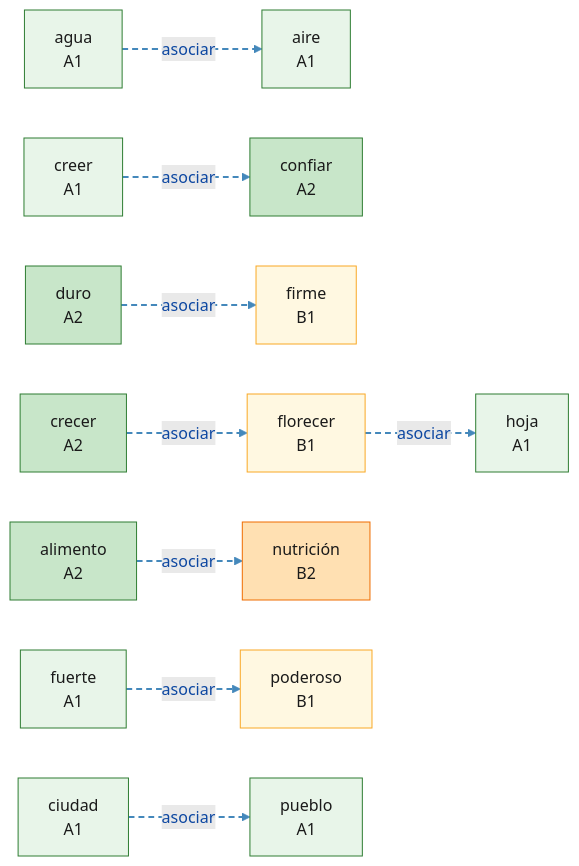
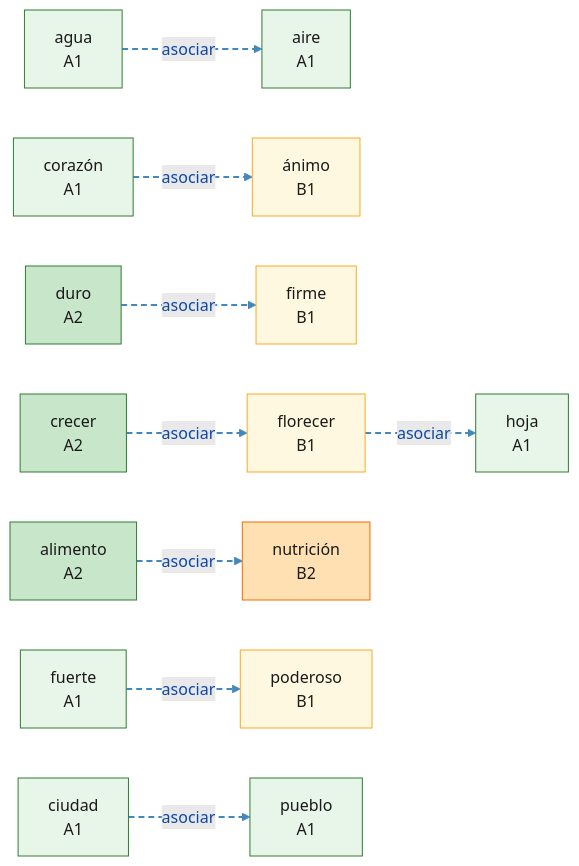
Before and after one commit to auding1900/es-raiz-vocab: the diagram in mindmaps/asociar_a-l-3-4.md, drawn with Mermaid. The commit also changed other lines of this file and 34 other files, not shown here.

````diff
--- a/mindmaps/asociar_a-l-3-4.md
+++ b/mindmaps/asociar_a-l-3-4.md
@@ -8,57 +8,57 @@
 ```mermaid
 graph LR
   W_agua["agua<br/>A1"]:::lvlA1
   W_aire["aire<br/>A1"]:::lvlA1
   W_alimento["alimento<br/>A2"]:::lvlA2
+  W_animo["ánimo<br/>B1"]:::lvlB1
   W_ciudad["ciudad<br/>A1"]:::lvlA1
-  W_confiar["confiar<br/>A2"]:::lvlA2
+  W_corazon["corazón<br/>A1"]:::lvlA1
   W_crecer["crecer<br/>A2"]:::lvlA2
-  W_creer["creer<br/>A1"]:::lvlA1
   W_duro["duro<br/>A2"]:::lvlA2
   W_firme["firme<br/>B1"]:::lvlB1
   W_florecer["florecer<br/>B1"]:::lvlB1
   W_fuerte["fuerte<br/>A1"]:::lvlA1
   W_hoja["hoja<br/>A1"]:::lvlA1
   W_nutricion["nutrición<br/>B2"]:::lvlB2
   W_poderoso["poderoso<br/>B1"]:::lvlB1
   W_pueblo["pueblo<br/>A1"]:::lvlA1
+  W_corazon -.->|asociar| W_animo
   W_ciudad -.->|asociar| W_pueblo
   W_agua -.->|asociar| W_aire
   W_crecer -.->|asociar| W_florecer
   W_florecer -.->|asociar| W_hoja
   W_alimento -.->|asociar| W_nutricion
   W_fuerte -.->|asociar| W_poderoso
   W_duro -.->|asociar| W_firme
-  W_creer -.->|asociar| W_confiar
   linkStyle 0 stroke:#4488bb,stroke-width:2px,stroke-dasharray:6 4
   linkStyle 1 stroke:#4488bb,stroke-width:2px,stroke-dasharray:6 4
   linkStyle 2 stroke:#4488bb,stroke-width:2px,stroke-dasharray:6 4
   linkStyle 3 stroke:#4488bb,stroke-width:2px,stroke-dasharray:6 4
   linkStyle 4 stroke:#4488bb,stroke-width:2px,stroke-dasharray:6 4
   linkStyle 5 stroke:#4488bb,stroke-width:2px,stroke-dasharray:6 4
   linkStyle 6 stroke:#4488bb,stroke-width:2px,stroke-dasharray:6 4
   linkStyle 7 stroke:#4488bb,stroke-width:2px,stroke-dasharray:6 4
   classDef root fill:#bbdefb,stroke:#1565c0,stroke-width:2px,color:#0d47a1
   classDef lvlA1 fill:#e8f5e9,stroke:#2e7d32,color:#1a1a1a
   classDef lvlA2 fill:#c8e6c9,stroke:#2e7d32,color:#1a1a1a
   classDef lvlB1 fill:#fff8e1,stroke:#f9a825,color:#1a1a1a
   classDef lvlB2 fill:#ffe0b2,stroke:#ef6c00,color:#1a1a1a
   classDef lvlC1 fill:#ffccbc,stroke:#d84315,color:#1a1a1a
   classDef lvlC2 fill:#ffcdd2,stroke:#b71c1c,color:#1a1a1a
   classDef lvlNA fill:#f5f5f5,stroke:#9e9e9e,color:#424242
   click W_agua "https://www.doubao.com/chat?q=%E8%A5%BF%E7%8F%AD%E7%89%99%E8%AF%ADagua%EF%BC%8C%E8%AF%8D%E6%A0%B9aqu%EF%BC%8C%E8%A7%A3%E9%87%8A%E8%AF%8D%E4%B9%89%E3%80%81DELE%E7%AD%89%E7%BA%A7%E3%80%81%E8%AF%AD%E4%BD%93%E3%80%81%E5%B8%B8%E7%94%A8%E6%90%AD%E9%85%8D%E3%80%81%E8%BF%91%E4%B9%89%E8%AF%8D%E8%BE%A8%E6%9E%90%EF%BC%8C%E5%B9%B6%E4%B8%94%E7%BB%992%E6%9D%A1%E6%9D%A5%E8%87%AA%E5%85%AC%E7%89%88%E8%A5%BF%E8%AF%AD%E6%96%87%E6%9C%AC%EF%BC%88Wikisource%2F%E5%8F%A4%E7%99%BB%E5%A0%A1%EF%BC%89%E7%9A%84%E8%87%AA%E7%84%B6%E4%BE%8B%E5%8F%A5%EF%BC%8C%E4%BE%8B%E5%8F%A5%E4%BC%98%E5%85%88%E9%80%89%E7%94%A8%E7%8E%B0%E4%BB%A3%E6%A0%87%E5%87%86%E8%A5%BF%E7%8F%AD%E7%89%99%E8%AF%AD%EF%BC%8C%E5%8F%A4%E4%BD%93%E4%BE%8B%E5%8F%A5%E6%A0%87%E6%B3%A8%E3%80%90arca%C3%ADsmo%E3%80%91" "豆包查询：agua" _blank
   click W_aire "https://www.doubao.com/chat?q=%E8%A5%BF%E7%8F%AD%E7%89%99%E8%AF%ADaire%EF%BC%8C%E8%AF%8D%E6%A0%B9aer%EF%BC%8C%E8%A7%A3%E9%87%8A%E8%AF%8D%E4%B9%89%E3%80%81DELE%E7%AD%89%E7%BA%A7%E3%80%81%E8%AF%AD%E4%BD%93%E3%80%81%E5%B8%B8%E7%94%A8%E6%90%AD%E9%85%8D%E3%80%81%E8%BF%91%E4%B9%89%E8%AF%8D%E8%BE%A8%E6%9E%90%EF%BC%8C%E5%B9%B6%E4%B8%94%E7%BB%992%E6%9D%A1%E6%9D%A5%E8%87%AA%E5%85%AC%E7%89%88%E8%A5%BF%E8%AF%AD%E6%96%87%E6%9C%AC%EF%BC%88Wikisource%2F%E5%8F%A4%E7%99%BB%E5%A0%A1%EF%BC%89%E7%9A%84%E8%87%AA%E7%84%B6%E4%BE%8B%E5%8F%A5%EF%BC%8C%E4%BE%8B%E5%8F%A5%E4%BC%98%E5%85%88%E9%80%89%E7%94%A8%E7%8E%B0%E4%BB%A3%E6%A0%87%E5%87%86%E8%A5%BF%E7%8F%AD%E7%89%99%E8%AF%AD%EF%BC%8C%E5%8F%A4%E4%BD%93%E4%BE%8B%E5%8F%A5%E6%A0%87%E6%B3%A8%E3%80%90arca%C3%ADsmo%E3%80%91" "豆包查询：aire" _blank
   click W_alimento "https://www.doubao.com/chat?q=%E8%A5%BF%E7%8F%AD%E7%89%99%E8%AF%ADalimento%EF%BC%8C%E8%AF%8D%E6%A0%B9al%EF%BC%8C%E8%A7%A3%E9%87%8A%E8%AF%8D%E4%B9%89%E3%80%81DELE%E7%AD%89%E7%BA%A7%E3%80%81%E8%AF%AD%E4%BD%93%E3%80%81%E5%B8%B8%E7%94%A8%E6%90%AD%E9%85%8D%E3%80%81%E8%BF%91%E4%B9%89%E8%AF%8D%E8%BE%A8%E6%9E%90%EF%BC%8C%E5%B9%B6%E4%B8%94%E7%BB%992%E6%9D%A1%E6%9D%A5%E8%87%AA%E5%85%AC%E7%89%88%E8%A5%BF%E8%AF%AD%E6%96%87%E6%9C%AC%EF%BC%88Wikisource%2F%E5%8F%A4%E7%99%BB%E5%A0%A1%EF%BC%89%E7%9A%84%E8%87%AA%E7%84%B6%E4%BE%8B%E5%8F%A5%EF%BC%8C%E4%BE%8B%E5%8F%A5%E4%BC%98%E5%85%88%E9%80%89%E7%94%A8%E7%8E%B0%E4%BB%A3%E6%A0%87%E5%87%86%E8%A5%BF%E7%8F%AD%E7%89%99%E8%AF%AD%EF%BC%8C%E5%8F%A4%E4%BD%93%E4%BE%8B%E5%8F%A5%E6%A0%87%E6%B3%A8%E3%80%90arca%C3%ADsmo%E3%80%91" "豆包查询：alimento" _blank
+  click W_animo "https://www.doubao.com/chat?q=%E8%A5%BF%E7%8F%AD%E7%89%99%E8%AF%AD%C3%A1nimo%EF%BC%8C%E8%AF%8D%E6%A0%B9anim%EF%BC%8C%E8%A7%A3%E9%87%8A%E8%AF%8D%E4%B9%89%E3%80%81DELE%E7%AD%89%E7%BA%A7%E3%80%81%E8%AF%AD%E4%BD%93%E3%80%81%E5%B8%B8%E7%94%A8%E6%90%AD%E9%85%8D%E3%80%81%E8%BF%91%E4%B9%89%E8%AF%8D%E8%BE%A8%E6%9E%90%EF%BC%8C%E5%B9%B6%E4%B8%94%E7%BB%992%E6%9D%A1%E6%9D%A5%E8%87%AA%E5%85%AC%E7%89%88%E8%A5%BF%E8%AF%AD%E6%96%87%E6%9C%AC%EF%BC%88Wikisource%2F%E5%8F%A4%E7%99%BB%E5%A0%A1%EF%BC%89%E7%9A%84%E8%87%AA%E7%84%B6%E4%BE%8B%E5%8F%A5%EF%BC%8C%E4%BE%8B%E5%8F%A5%E4%BC%98%E5%85%88%E9%80%89%E7%94%A8%E7%8E%B0%E4%BB%A3%E6%A0%87%E5%87%86%E8%A5%BF%E7%8F%AD%E7%89%99%E8%AF%AD%EF%BC%8C%E5%8F%A4%E4%BD%93%E4%BE%8B%E5%8F%A5%E6%A0%87%E6%B3%A8%E3%80%90arca%C3%ADsmo%E3%80%91" "豆包查询：ánimo" _blank
   click W_ciudad "https://www.doubao.com/chat?q=%E8%A5%BF%E7%8F%AD%E7%89%99%E8%AF%ADciudad%EF%BC%8C%E8%AF%8D%E6%A0%B9civ%EF%BC%8C%E8%A7%A3%E9%87%8A%E8%AF%8D%E4%B9%89%E3%80%81DELE%E7%AD%89%E7%BA%A7%E3%80%81%E8%AF%AD%E4%BD%93%E3%80%81%E5%B8%B8%E7%94%A8%E6%90%AD%E9%85%8D%E3%80%81%E8%BF%91%E4%B9%89%E8%AF%8D%E8%BE%A8%E6%9E%90%EF%BC%8C%E5%B9%B6%E4%B8%94%E7%BB%992%E6%9D%A1%E6%9D%A5%E8%87%AA%E5%85%AC%E7%89%88%E8%A5%BF%E8%AF%AD%E6%96%87%E6%9C%AC%EF%BC%88Wikisource%2F%E5%8F%A4%E7%99%BB%E5%A0%A1%EF%BC%89%E7%9A%84%E8%87%AA%E7%84%B6%E4%BE%8B%E5%8F%A5%EF%BC%8C%E4%BE%8B%E5%8F%A5%E4%BC%98%E5%85%88%E9%80%89%E7%94%A8%E7%8E%B0%E4%BB%A3%E6%A0%87%E5%87%86%E8%A5%BF%E7%8F%AD%E7%89%99%E8%AF%AD%EF%BC%8C%E5%8F%A4%E4%BD%93%E4%BE%8B%E5%8F%A5%E6%A0%87%E6%B3%A8%E3%80%90arca%C3%ADsmo%E3%80%91" "豆包查询：ciudad" _blank
-  click W_confiar "https://www.doubao.com/chat?q=%E8%A5%BF%E7%8F%AD%E7%89%99%E8%AF%ADconfiar%EF%BC%8C%E8%AF%8D%E6%A0%B9fid%EF%BC%8C%E8%A7%A3%E9%87%8A%E8%AF%8D%E4%B9%89%E3%80%81DELE%E7%AD%89%E7%BA%A7%E3%80%81%E8%AF%AD%E4%BD%93%E3%80%81%E5%B8%B8%E7%94%A8%E6%90%AD%E9%85%8D%E3%80%81%E8%BF%91%E4%B9%89%E8%AF%8D%E8%BE%A8%E6%9E%90%EF%BC%8C%E5%B9%B6%E4%B8%94%E7%BB%992%E6%9D%A1%E6%9D%A5%E8%87%AA%E5%85%AC%E7%89%88%E8%A5%BF%E8%AF%AD%E6%96%87%E6%9C%AC%EF%BC%88Wikisource%2F%E5%8F%A4%E7%99%BB%E5%A0%A1%EF%BC%89%E7%9A%84%E8%87%AA%E7%84%B6%E4%BE%8B%E5%8F%A5%EF%BC%8C%E4%BE%8B%E5%8F%A5%E4%BC%98%E5%85%88%E9%80%89%E7%94%A8%E7%8E%B0%E4%BB%A3%E6%A0%87%E5%87%86%E8%A5%BF%E7%8F%AD%E7%89%99%E8%AF%AD%EF%BC%8C%E5%8F%A4%E4%BD%93%E4%BE%8B%E5%8F%A5%E6%A0%87%E6%B3%A8%E3%80%90arca%C3%ADsmo%E3%80%91" "豆包查询：confiar" _blank
+  click W_corazon "https://www.doubao.com/chat?q=%E8%A5%BF%E7%8F%AD%E7%89%99%E8%AF%ADcoraz%C3%B3n%EF%BC%8C%E8%AF%8D%E6%A0%B9cor%EF%BC%8C%E8%A7%A3%E9%87%8A%E8%AF%8D%E4%B9%89%E3%80%81DELE%E7%AD%89%E7%BA%A7%E3%80%81%E8%AF%AD%E4%BD%93%E3%80%81%E5%B8%B8%E7%94%A8%E6%90%AD%E9%85%8D%E3%80%81%E8%BF%91%E4%B9%89%E8%AF%8D%E8%BE%A8%E6%9E%90%EF%BC%8C%E5%B9%B6%E4%B8%94%E7%BB%992%E6%9D%A1%E6%9D%A5%E8%87%AA%E5%85%AC%E7%89%88%E8%A5%BF%E8%AF%AD%E6%96%87%E6%9C%AC%EF%BC%88Wikisource%2F%E5%8F%A4%E7%99%BB%E5%A0%A1%EF%BC%89%E7%9A%84%E8%87%AA%E7%84%B6%E4%BE%8B%E5%8F%A5%EF%BC%8C%E4%BE%8B%E5%8F%A5%E4%BC%98%E5%85%88%E9%80%89%E7%94%A8%E7%8E%B0%E4%BB%A3%E6%A0%87%E5%87%86%E8%A5%BF%E7%8F%AD%E7%89%99%E8%AF%AD%EF%BC%8C%E5%8F%A4%E4%BD%93%E4%BE%8B%E5%8F%A5%E6%A0%87%E6%B3%A8%E3%80%90arca%C3%ADsmo%E3%80%91" "豆包查询：corazón" _blank
   click W_crecer "https://www.doubao.com/chat?q=%E8%A5%BF%E7%8F%AD%E7%89%99%E8%AF%ADcrecer%EF%BC%8C%E8%AF%8D%E6%A0%B9cresc%EF%BC%8C%E8%A7%A3%E9%87%8A%E8%AF%8D%E4%B9%89%E3%80%81DELE%E7%AD%89%E7%BA%A7%E3%80%81%E8%AF%AD%E4%BD%93%E3%80%81%E5%B8%B8%E7%94%A8%E6%90%AD%E9%85%8D%E3%80%81%E8%BF%91%E4%B9%89%E8%AF%8D%E8%BE%A8%E6%9E%90%EF%BC%8C%E5%B9%B6%E4%B8%94%E7%BB%992%E6%9D%A1%E6%9D%A5%E8%87%AA%E5%85%AC%E7%89%88%E8%A5%BF%E8%AF%AD%E6%96%87%E6%9C%AC%EF%BC%88Wikisource%2F%E5%8F%A4%E7%99%BB%E5%A0%A1%EF%BC%89%E7%9A%84%E8%87%AA%E7%84%B6%E4%BE%8B%E5%8F%A5%EF%BC%8C%E4%BE%8B%E5%8F%A5%E4%BC%98%E5%85%88%E9%80%89%E7%94%A8%E7%8E%B0%E4%BB%A3%E6%A0%87%E5%87%86%E8%A5%BF%E7%8F%AD%E7%89%99%E8%AF%AD%EF%BC%8C%E5%8F%A4%E4%BD%93%E4%BE%8B%E5%8F%A5%E6%A0%87%E6%B3%A8%E3%80%90arca%C3%ADsmo%E3%80%91" "豆包查询：crecer" _blank
-  click W_creer "https://www.doubao.com/chat?q=%E8%A5%BF%E7%8F%AD%E7%89%99%E8%AF%ADcreer%EF%BC%8C%E8%AF%8D%E6%A0%B9cred%EF%BC%8C%E8%A7%A3%E9%87%8A%E8%AF%8D%E4%B9%89%E3%80%81DELE%E7%AD%89%E7%BA%A7%E3%80%81%E8%AF%AD%E4%BD%93%E3%80%81%E5%B8%B8%E7%94%A8%E6%90%AD%E9%85%8D%E3%80%81%E8%BF%91%E4%B9%89%E8%AF%8D%E8%BE%A8%E6%9E%90%EF%BC%8C%E5%B9%B6%E4%B8%94%E7%BB%992%E6%9D%A1%E6%9D%A5%E8%87%AA%E5%85%AC%E7%89%88%E8%A5%BF%E8%AF%AD%E6%96%87%E6%9C%AC%EF%BC%88Wikisource%2F%E5%8F%A4%E7%99%BB%E5%A0%A1%EF%BC%89%E7%9A%84%E8%87%AA%E7%84%B6%E4%BE%8B%E5%8F%A5%EF%BC%8C%E4%BE%8B%E5%8F%A5%E4%BC%98%E5%85%88%E9%80%89%E7%94%A8%E7%8E%B0%E4%BB%A3%E6%A0%87%E5%87%86%E8%A5%BF%E7%8F%AD%E7%89%99%E8%AF%AD%EF%BC%8C%E5%8F%A4%E4%BD%93%E4%BE%8B%E5%8F%A5%E6%A0%87%E6%B3%A8%E3%80%90arca%C3%ADsmo%E3%80%91" "豆包查询：creer" _blank
   click W_duro "https://www.doubao.com/chat?q=%E8%A5%BF%E7%8F%AD%E7%89%99%E8%AF%ADduro%EF%BC%8C%E8%AF%8D%E6%A0%B9dur%EF%BC%8C%E8%A7%A3%E9%87%8A%E8%AF%8D%E4%B9%89%E3%80%81DELE%E7%AD%89%E7%BA%A7%E3%80%81%E8%AF%AD%E4%BD%93%E3%80%81%E5%B8%B8%E7%94%A8%E6%90%AD%E9%85%8D%E3%80%81%E8%BF%91%E4%B9%89%E8%AF%8D%E8%BE%A8%E6%9E%90%EF%BC%8C%E5%B9%B6%E4%B8%94%E7%BB%992%E6%9D%A1%E6%9D%A5%E8%87%AA%E5%85%AC%E7%89%88%E8%A5%BF%E8%AF%AD%E6%96%87%E6%9C%AC%EF%BC%88Wikisource%2F%E5%8F%A4%E7%99%BB%E5%A0%A1%EF%BC%89%E7%9A%84%E8%87%AA%E7%84%B6%E4%BE%8B%E5%8F%A5%EF%BC%8C%E4%BE%8B%E5%8F%A5%E4%BC%98%E5%85%88%E9%80%89%E7%94%A8%E7%8E%B0%E4%BB%A3%E6%A0%87%E5%87%86%E8%A5%BF%E7%8F%AD%E7%89%99%E8%AF%AD%EF%BC%8C%E5%8F%A4%E4%BD%93%E4%BE%8B%E5%8F%A5%E6%A0%87%E6%B3%A8%E3%80%90arca%C3%ADsmo%E3%80%91" "豆包查询：duro" _blank
   click W_firme "https://www.doubao.com/chat?q=%E8%A5%BF%E7%8F%AD%E7%89%99%E8%AF%ADfirme%EF%BC%8C%E8%AF%8D%E6%A0%B9firm%EF%BC%8C%E8%A7%A3%E9%87%8A%E8%AF%8D%E4%B9%89%E3%80%81DELE%E7%AD%89%E7%BA%A7%E3%80%81%E8%AF%AD%E4%BD%93%E3%80%81%E5%B8%B8%E7%94%A8%E6%90%AD%E9%85%8D%E3%80%81%E8%BF%91%E4%B9%89%E8%AF%8D%E8%BE%A8%E6%9E%90%EF%BC%8C%E5%B9%B6%E4%B8%94%E7%BB%992%E6%9D%A1%E6%9D%A5%E8%87%AA%E5%85%AC%E7%89%88%E8%A5%BF%E8%AF%AD%E6%96%87%E6%9C%AC%EF%BC%88Wikisource%2F%E5%8F%A4%E7%99%BB%E5%A0%A1%EF%BC%89%E7%9A%84%E8%87%AA%E7%84%B6%E4%BE%8B%E5%8F%A5%EF%BC%8C%E4%BE%8B%E5%8F%A5%E4%BC%98%E5%85%88%E9%80%89%E7%94%A8%E7%8E%B0%E4%BB%A3%E6%A0%87%E5%87%86%E8%A5%BF%E7%8F%AD%E7%89%99%E8%AF%AD%EF%BC%8C%E5%8F%A4%E4%BD%93%E4%BE%8B%E5%8F%A5%E6%A0%87%E6%B3%A8%E3%80%90arca%C3%ADsmo%E3%80%91" "豆包查询：firme" _blank
   click W_florecer "https://www.doubao.com/chat?q=%E8%A5%BF%E7%8F%AD%E7%89%99%E8%AF%ADflorecer%EF%BC%8C%E8%AF%8D%E6%A0%B9flor%EF%BC%8C%E8%A7%A3%E9%87%8A%E8%AF%8D%E4%B9%89%E3%80%81DELE%E7%AD%89%E7%BA%A7%E3%80%81%E8%AF%AD%E4%BD%93%E3%80%81%E5%B8%B8%E7%94%A8%E6%90%AD%E9%85%8D%E3%80%81%E8%BF%91%E4%B9%89%E8%AF%8D%E8%BE%A8%E6%9E%90%EF%BC%8C%E5%B9%B6%E4%B8%94%E7%BB%992%E6%9D%A1%E6%9D%A5%E8%87%AA%E5%85%AC%E7%89%88%E8%A5%BF%E8%AF%AD%E6%96%87%E6%9C%AC%EF%BC%88Wikisource%2F%E5%8F%A4%E7%99%BB%E5%A0%A1%EF%BC%89%E7%9A%84%E8%87%AA%E7%84%B6%E4%BE%8B%E5%8F%A5%EF%BC%8C%E4%BE%8B%E5%8F%A5%E4%BC%98%E5%85%88%E9%80%89%E7%94%A8%E7%8E%B0%E4%BB%A3%E6%A0%87%E5%87%86%E8%A5%BF%E7%8F%AD%E7%89%99%E8%AF%AD%EF%BC%8C%E5%8F%A4%E4%BD%93%E4%BE%8B%E5%8F%A5%E6%A0%87%E6%B3%A8%E3%80%90arca%C3%ADsmo%E3%80%91" "豆包查询：florecer" _blank
   click W_fuerte "https://www.doubao.com/chat?q=%E8%A5%BF%E7%8F%AD%E7%89%99%E8%AF%ADfuerte%EF%BC%8C%E8%AF%8D%E6%A0%B9fort%EF%BC%8C%E8%A7%A3%E9%87%8A%E8%AF%8D%E4%B9%89%E3%80%81DELE%E7%AD%89%E7%BA%A7%E3%80%81%E8%AF%AD%E4%BD%93%E3%80%81%E5%B8%B8%E7%94%A8%E6%90%AD%E9%85%8D%E3%80%81%E8%BF%91%E4%B9%89%E8%AF%8D%E8%BE%A8%E6%9E%90%EF%BC%8C%E5%B9%B6%E4%B8%94%E7%BB%992%E6%9D%A1%E6%9D%A5%E8%87%AA%E5%85%AC%E7%89%88%E8%A5%BF%E8%AF%AD%E6%96%87%E6%9C%AC%EF%BC%88Wikisource%2F%E5%8F%A4%E7%99%BB%E5%A0%A1%EF%BC%89%E7%9A%84%E8%87%AA%E7%84%B6%E4%BE%8B%E5%8F%A5%EF%BC%8C%E4%BE%8B%E5%8F%A5%E4%BC%98%E5%85%88%E9%80%89%E7%94%A8%E7%8E%B0%E4%BB%A3%E6%A0%87%E5%87%86%E8%A5%BF%E7%8F%AD%E7%89%99%E8%AF%AD%EF%BC%8C%E5%8F%A4%E4%BD%93%E4%BE%8B%E5%8F%A5%E6%A0%87%E6%B3%A8%E3%80%90arca%C3%ADsmo%E3%80%91" "豆包查询：fuerte" _blank
   click W_hoja "https://www.doubao.com/chat?q=%E8%A5%BF%E7%8F%AD%E7%89%99%E8%AF%ADhoja%EF%BC%8C%E8%AF%8D%E6%A0%B9fol%EF%BC%8C%E8%A7%A3%E9%87%8A%E8%AF%8D%E4%B9%89%E3%80%81DELE%E7%AD%89%E7%BA%A7%E3%80%81%E8%AF%AD%E4%BD%93%E3%80%81%E5%B8%B8%E7%94%A8%E6%90%AD%E9%85%8D%E3%80%81%E8%BF%91%E4%B9%89%E8%AF%8D%E8%BE%A8%E6%9E%90%EF%BC%8C%E5%B9%B6%E4%B8%94%E7%BB%992%E6%9D%A1%E6%9D%A5%E8%87%AA%E5%85%AC%E7%89%88%E8%A5%BF%E8%AF%AD%E6%96%87%E6%9C%AC%EF%BC%88Wikisource%2F%E5%8F%A4%E7%99%BB%E5%A0%A1%EF%BC%89%E7%9A%84%E8%87%AA%E7%84%B6%E4%BE%8B%E5%8F%A5%EF%BC%8C%E4%BE%8B%E5%8F%A5%E4%BC%98%E5%85%88%E9%80%89%E7%94%A8%E7%8E%B0%E4%BB%A3%E6%A0%87%E5%87%86%E8%A5%BF%E7%8F%AD%E7%89%99%E8%AF%AD%EF%BC%8C%E5%8F%A4%E4%BD%93%E4%BE%8B%E5%8F%A5%E6%A0%87%E6%B3%A8%E3%80%90arca%C3%ADsmo%E3%80%91" "豆包查询：hoja" _blank
   click W_nutricion "https://www.doubao.com/chat?q=%E8%A5%BF%E7%8F%AD%E7%89%99%E8%AF%ADnutrici%C3%B3n%EF%BC%8C%E8%AF%8D%E6%A0%B9nutr%EF%BC%8C%E8%A7%A3%E9%87%8A%E8%AF%8D%E4%B9%89%E3%80%81DELE%E7%AD%89%E7%BA%A7%E3%80%81%E8%AF%AD%E4%BD%93%E3%80%81%E5%B8%B8%E7%94%A8%E6%90%AD%E9%85%8D%E3%80%81%E8%BF%91%E4%B9%89%E8%AF%8D%E8%BE%A8%E6%9E%90%EF%BC%8C%E5%B9%B6%E4%B8%94%E7%BB%992%E6%9D%A1%E6%9D%A5%E8%87%AA%E5%85%AC%E7%89%88%E8%A5%BF%E8%AF%AD%E6%96%87%E6%9C%AC%EF%BC%88Wikisource%2F%E5%8F%A4%E7%99%BB%E5%A0%A1%EF%BC%89%E7%9A%84%E8%87%AA%E7%84%B6%E4%BE%8B%E5%8F%A5%EF%BC%8C%E4%BE%8B%E5%8F%A5%E4%BC%98%E5%85%88%E9%80%89%E7%94%A8%E7%8E%B0%E4%BB%A3%E6%A0%87%E5%87%86%E8%A5%BF%E7%8F%AD%E7%89%99%E8%AF%AD%EF%BC%8C%E5%8F%A4%E4%BD%93%E4%BE%8B%E5%8F%A5%E6%A0%87%E6%B3%A8%E3%80%90arca%C3%ADsmo%E3%80%91" "豆包查询：nutrición" _blank
   click W_poderoso "https://www.doubao.com/chat?q=%E8%A5%BF%E7%8F%AD%E7%89%99%E8%AF%ADpoderoso%EF%BC%8C%E8%AF%8D%E6%A0%B9pot%EF%BC%8C%E8%A7%A3%E9%87%8A%E8%AF%8D%E4%B9%89%E3%80%81DELE%E7%AD%89%E7%BA%A7%E3%80%81%E8%AF%AD%E4%BD%93%E3%80%81%E5%B8%B8%E7%94%A8%E6%90%AD%E9%85%8D%E3%80%81%E8%BF%91%E4%B9%89%E8%AF%8D%E8%BE%A8%E6%9E%90%EF%BC%8C%E5%B9%B6%E4%B8%94%E7%BB%992%E6%9D%A1%E6%9D%A5%E8%87%AA%E5%85%AC%E7%89%88%E8%A5%BF%E8%AF%AD%E6%96%87%E6%9C%AC%EF%BC%88Wikisource%2F%E5%8F%A4%E7%99%BB%E5%A0%A1%EF%BC%89%E7%9A%84%E8%87%AA%E7%84%B6%E4%BE%8B%E5%8F%A5%EF%BC%8C%E4%BE%8B%E5%8F%A5%E4%BC%98%E5%85%88%E9%80%89%E7%94%A8%E7%8E%B0%E4%BB%A3%E6%A0%87%E5%87%86%E8%A5%BF%E7%8F%AD%E7%89%99%E8%AF%AD%EF%BC%8C%E5%8F%A4%E4%BD%93%E4%BE%8B%E5%8F%A5%E6%A0%87%E6%B3%A8%E3%80%90arca%C3%ADsmo%E3%80%91" "豆包查询：poderoso" _blank
   click W_pueblo "https://www.doubao.com/chat?q=%E8%A5%BF%E7%8F%AD%E7%89%99%E8%AF%ADpueblo%EF%BC%8C%E8%AF%8D%E6%A0%B9pop%EF%BC%8C%E8%A7%A3%E9%87%8A%E8%AF%8D%E4%B9%89%E3%80%81DELE%E7%AD%89%E7%BA%A7%E3%80%81%E8%AF%AD%E4%BD%93%E3%80%81%E5%B8%B8%E7%94%A8%E6%90%AD%E9%85%8D%E3%80%81%E8%BF%91%E4%B9%89%E8%AF%8D%E8%BE%A8%E6%9E%90%EF%BC%8C%E5%B9%B6%E4%B8%94%E7%BB%992%E6%9D%A1%E6%9D%A5%E8%87%AA%E5%85%AC%E7%89%88%E8%A5%BF%E8%AF%AD%E6%96%87%E6%9C%AC%EF%BC%88Wikisource%2F%E5%8F%A4%E7%99%BB%E5%A0%A1%EF%BC%89%E7%9A%84%E8%87%AA%E7%84%B6%E4%BE%8B%E5%8F%A5%EF%BC%8C%E4%BE%8B%E5%8F%A5%E4%BC%98%E5%85%88%E9%80%89%E7%94%A8%E7%8E%B0%E4%BB%A3%E6%A0%87%E5%87%86%E8%A5%BF%E7%8F%AD%E7%89%99%E8%AF%AD%EF%BC%8C%E5%8F%A4%E4%BD%93%E4%BE%8B%E5%8F%A5%E6%A0%87%E6%B3%A8%E3%80%90arca%C3%ADsmo%E3%80%91" "豆包查询：pueblo" _blank
 ```
````
